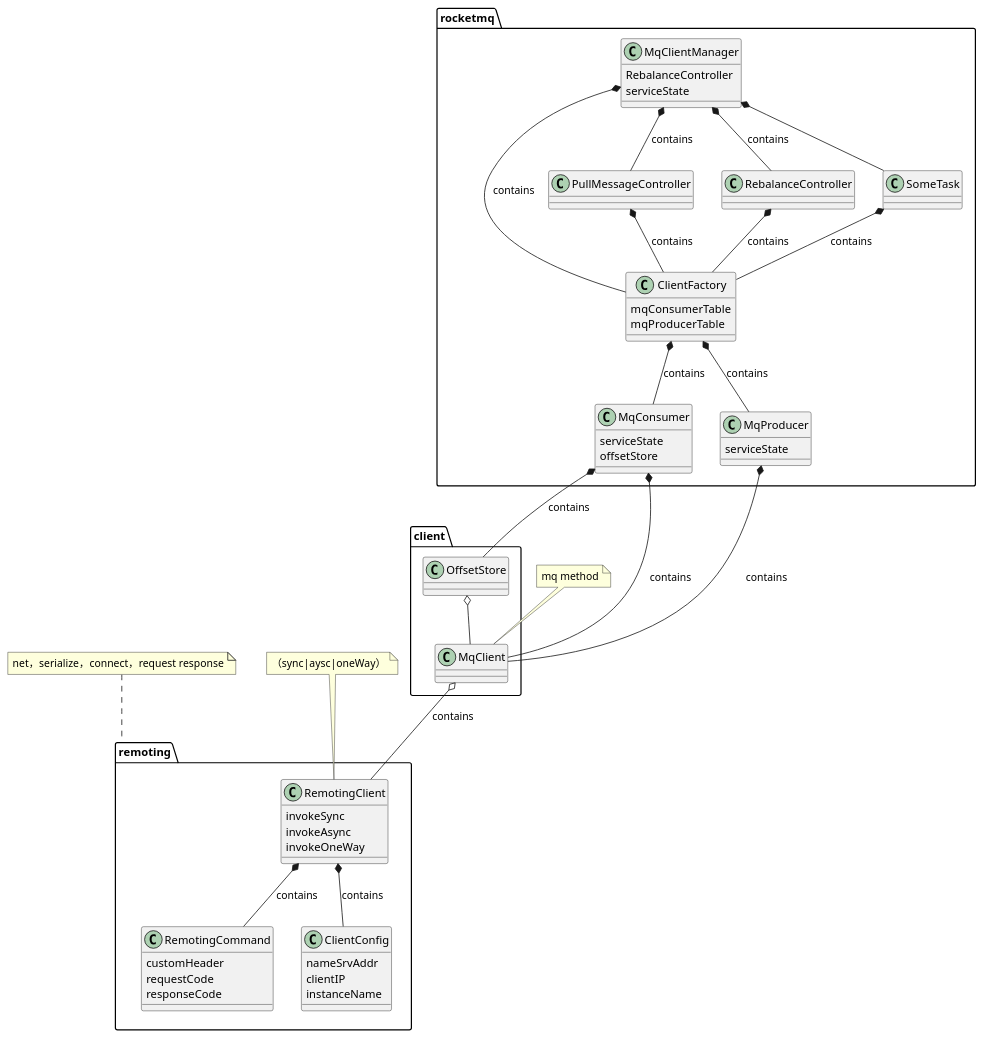
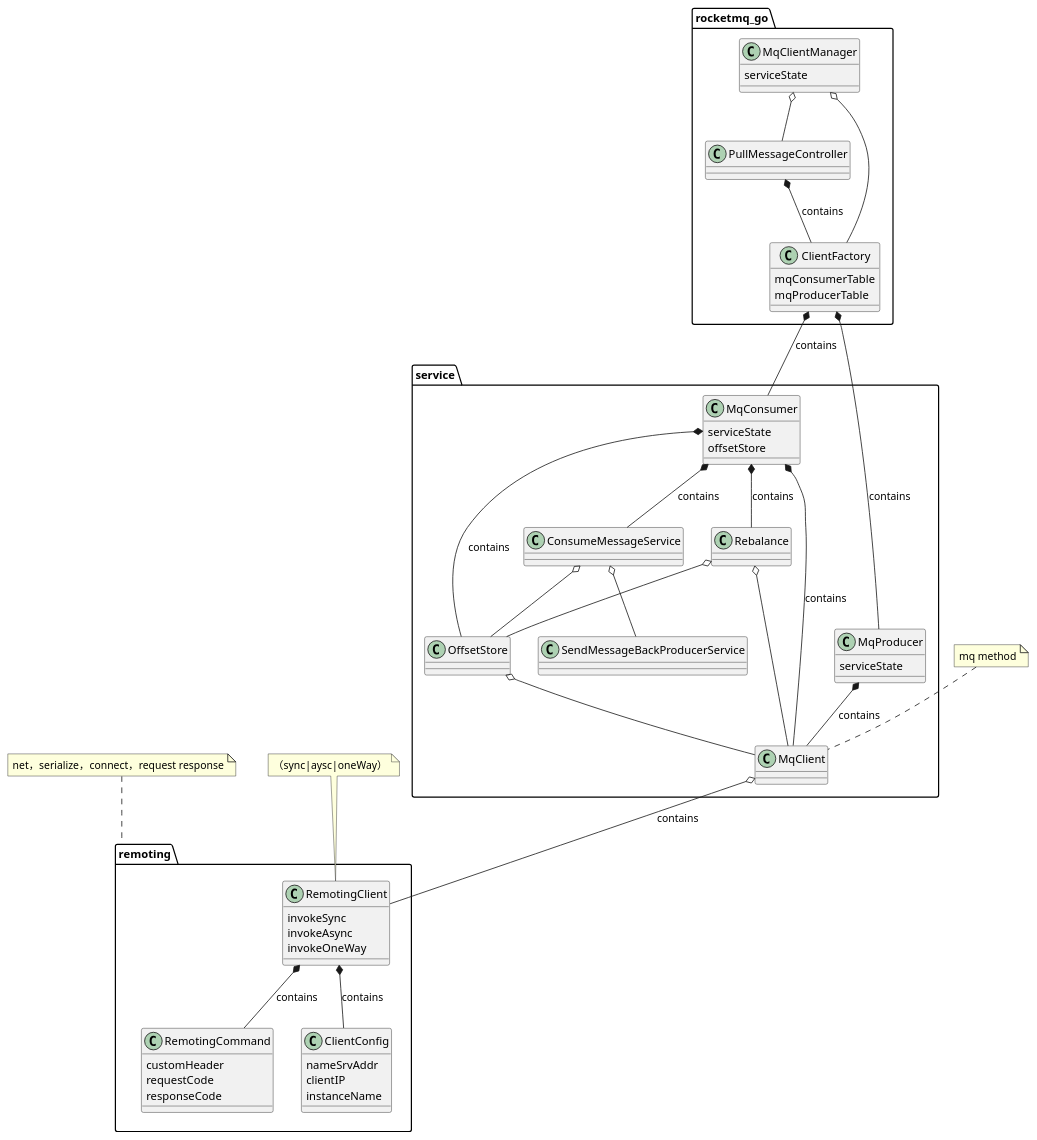
One commit to apache/rocketmq-externals changed the diagram in rocketmq-go/docs/package.puml. Above: the diagram before and after it, drawn with PlantUML. The commit also changed 1 other file, not shown here.

Commit message:
update package.puml( rocketmq-go's architecture)

```diff
--- a/rocketmq-go/docs/package.puml
+++ b/rocketmq-go/docs/package.puml
@@ -1,67 +1,79 @@
 @startuml
-class rocketmq.MqClientManager{
-RebalanceController
+
+
+class rocketmq_go.MqClientManager{
 serviceState
 }
-class rocketmq.ClientFactory{
+class rocketmq_go.PullMessageController{
+
+}
+class rocketmq_go.ClientFactory{
 mqConsumerTable
 mqProducerTable
 }
-class rocketmq.MqConsumer{
+class service.MqConsumer{
 serviceState
 offsetStore
 }
-class rocketmq.MqProducer{
+class service.MqProducer{
 serviceState
  }
- class client.MqClient{
+ class service.MqClient{
 
 
  }
   class remoting.RemotingClient{
    invokeSync
    invokeAsync
    invokeOneWay
   }
  class remoting.RemotingCommand{
   customHeader
   requestCode
   responseCode
  }
   class remoting.ClientConfig{
    nameSrvAddr
    clientIP
    instanceName
   }
-namespace rocketmq{
+namespace service{
 
-MqClientManager *-- PullMessageController:contains
-MqClientManager *-- RebalanceController:contains
-MqClientManager *-- ClientFactory:contains
-MqClientManager *-- SomeTask
-SomeTask *-- ClientFactory:contains
-PullMessageController *-- ClientFactory:contains
-RebalanceController *-- ClientFactory:contains
-ClientFactory *-- MqProducer:contains
-ClientFactory *-- MqConsumer:contains
-MqProducer *-- client.MqClient :contains
-MqConsumer *-- client.MqClient : contains
-MqConsumer *-- client.OffsetStore : contains
-'client.RebalanceController *-- remoting.RemotingClient : contains
-'client.PullMessageController *-- remoting.RemotingClient :contains
+
+rocketmq_go.PullMessageController *-- rocketmq_go.ClientFactory:contains
+rocketmq_go.ClientFactory *-- MqProducer:contains
+rocketmq_go.ClientFactory *-- MqConsumer:contains
+MqProducer *-- service.MqClient :contains
+MqConsumer *-- service.MqClient : contains
+MqConsumer *-- service.OffsetStore : contains
+MqConsumer *-- service.Rebalance : contains
+MqConsumer *-- service.ConsumeMessageService : contains
+
 }
 
-namespace client{
+namespace service{
     MqClient o-- remoting.RemotingClient:contains
     OffsetStore o-- MqClient
+    Rebalance o-- MqClient
+    Rebalance o-- OffsetStore
+    ConsumeMessageService o-- SendMessageBackProducerService
+    ConsumeMessageService o-- OffsetStore
 }
 
 namespace remoting {
   RemotingClient  *-- RemotingCommand:contains
   RemotingClient *-- ClientConfig:contains
 
+
 }
+
+namespace rocketmq_go{
+    MqClientManager o-- PullMessageController
+    MqClientManager o-- ClientFactory
+}
+
+
 note top of remoting.RemotingClient :（sync|aysc|oneWay）
 note top of remoting :net，serialize，connect，request response
-note top of client.MqClient :mq method
+note top of service.MqClient :mq method
 @enduml
```
